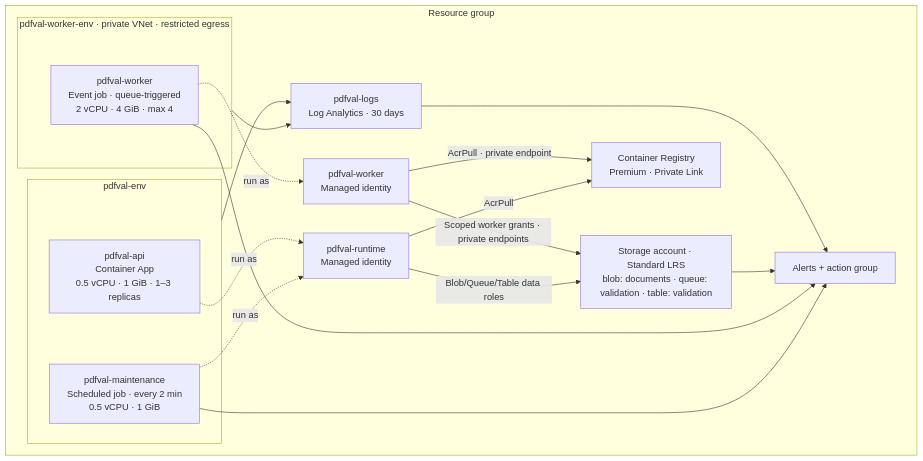
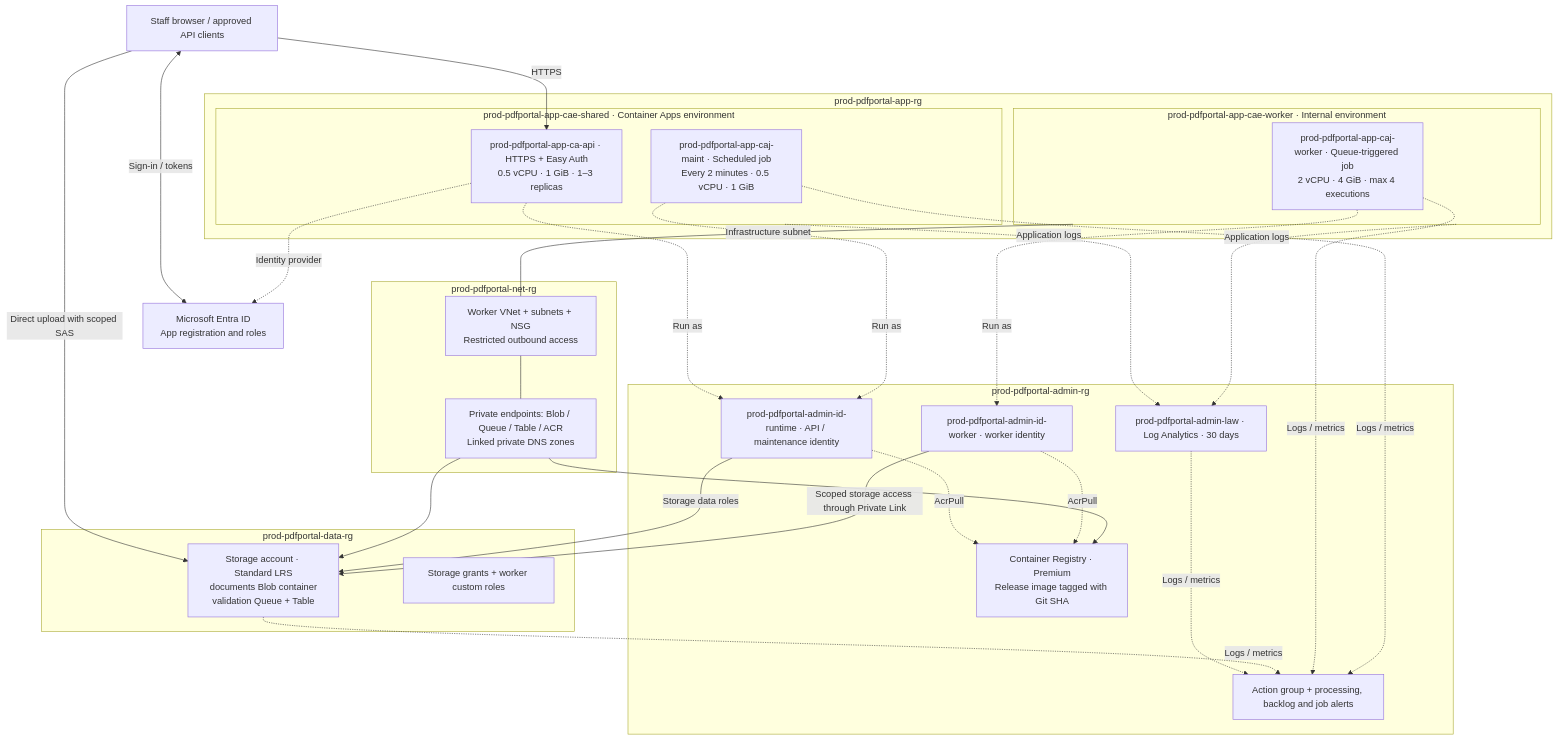
Before and after one commit to ivanbueno/portal-pdf-validation: the fourth of 4 diagrams in docs/how-it-works.md, drawn with Mermaid. The commit also changed other lines of this file and 29 other files, not shown here.

````diff
--- a/docs/how-it-works.md
+++ b/docs/how-it-works.md
@@ -84,26 +93,44 @@
 ```mermaid
 flowchart TB
-    subgraph RG["Resource group"]
-        subgraph ENV["pdfval-env"]
-            API["pdfval-api<br/>Container App<br/>0.5 vCPU · 1 GiB · 1–3 replicas"]
-            M["pdfval-maintenance<br/>Scheduled job · every 2 min<br/>0.5 vCPU · 1 GiB"]
+    Clients["Staff browser / approved API clients"]
+    Entra["Microsoft Entra ID<br/>App registration and roles"]
+    Clients <-->|"Sign-in / tokens"| Entra
+    subgraph ADMIN["prod-pdfportal-admin-rg"]
+        ID["prod-pdfportal-admin-id-runtime · API / maintenance identity"]
+        WID["prod-pdfportal-admin-id-worker · worker identity"]
+        ACR["Container Registry · Premium<br/>Release image tagged with Git SHA"]
+        LOG["prod-pdfportal-admin-law · Log Analytics · 30 days"]
+        AL["Action group + processing, backlog and job alerts"]
+    end
+    subgraph NET["prod-pdfportal-net-rg"]
+        VNET["Worker VNet + subnets + NSG<br/>Restricted outbound access"]
+        PE["Private endpoints: Blob / Queue / Table / ACR<br/>Linked private DNS zones"]
+        VNET --- PE
+    end
+    subgraph APP["prod-pdfportal-app-rg"]
+        subgraph ENV["prod-pdfportal-app-cae-shared · Container Apps environment"]
+            API["prod-pdfportal-app-ca-api · HTTPS + Easy Auth<br/>0.5 vCPU · 1 GiB · 1–3 replicas"]
+            M["prod-pdfportal-app-caj-maint · Scheduled job<br/>Every 2 minutes · 0.5 vCPU · 1 GiB"]
         end
-        subgraph WENV["pdfval-worker-env · private VNet · restricted egress"]
-            W["pdfval-worker<br/>Event job · queue-triggered<br/>2 vCPU · 4 GiB · max 4"]
+        subgraph WENV["prod-pdfportal-app-cae-worker · Internal environment"]
+            W["prod-pdfportal-app-caj-worker · Queue-triggered job<br/>2 vCPU · 4 GiB · max 4 executions"]
         end
-        WID["pdfval-worker<br/>Managed identity"]
-        ID["pdfval-runtime<br/>Managed identity"]
-        ACR["Container Registry<br/>Premium · Private Link"]
-        ST["Storage account · Standard LRS<br/>blob: documents · queue: validation · table: validation"]
-        LOG["pdfval-logs<br/>Log Analytics · 30 days"]
-        AL["Alerts + action group"]
     end
-    API & M -. run as .-> ID
-    W -. run as .-> WID
-    WID -->|Scoped worker grants · private endpoints| ST
-    WID -->|AcrPull · private endpoint| ACR
-    ID -->|AcrPull| ACR
-    ID -->|Blob/Queue/Table data roles| ST
-    ENV & WENV --> LOG
-    LOG & ST & W & M --> AL
+    subgraph DATA["prod-pdfportal-data-rg"]
+        ST["Storage account · Standard LRS<br/>documents Blob container<br/>validation Queue + Table"]
+        RBAC["Storage grants + worker custom roles"]
+    end
+    Clients -->|"HTTPS"| API
+    Clients -->|"Direct upload with scoped SAS"| ST
+    API -.->|"Identity provider"| Entra
+    API & M -.->|"Run as"| ID
+    W -.->|"Run as"| WID
+    ID -->|"Storage data roles"| ST
+    WID -->|"Scoped storage access through Private Link"| ST
+    ID & WID -.->|"AcrPull"| ACR
+    WENV ---|"Infrastructure subnet"| VNET
+    PE --> ST
+    PE --> ACR
+    ENV & WENV -.->|"Application logs"| LOG
+    LOG & ST & W & M -.->|"Logs / metrics"| AL
 ```
````
